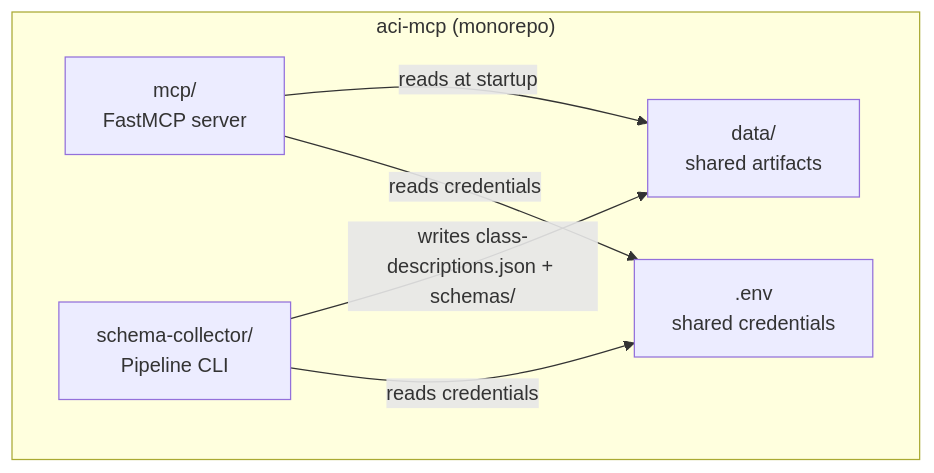
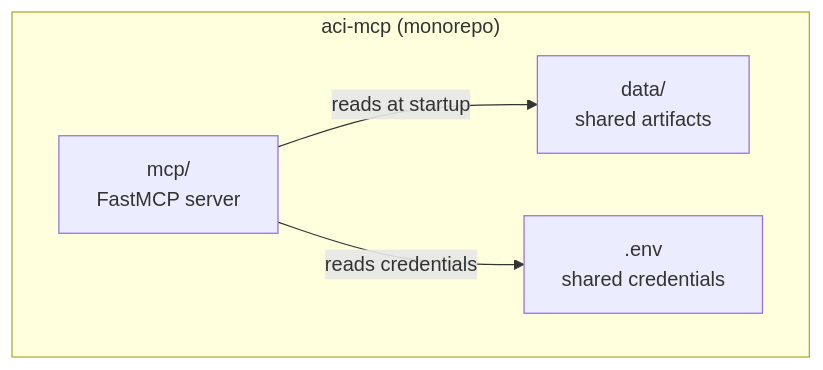
One commit to k3l0-dev/aci-mcp changed the first of 3 diagrams in docs/architecture/overview.md. Above: the diagram before and after it, drawn with Mermaid. The commit also changed other lines of this file and 10 other files, not shown here.

First line of the commit message:
chore: remove internal CI config and schema-collector references from public repo

````diff
--- a/docs/architecture/overview.md
+++ b/docs/architecture/overview.md
@@ -13,14 +13,11 @@
 ```mermaid
 graph TD
     subgraph repo["aci-mcp (monorepo)"]
         mcp["mcp/\nFastMCP server"]
-        sc["schema-collector/\nPipeline CLI"]
         data["data/\nshared artifacts"]
         env[".env\nshared credentials"]
     end
 
-    sc -->|"writes class-descriptions.json + schemas/"| data
     mcp -->|"reads at startup"| data
     mcp -->|"reads credentials"| env
-    sc -->|"reads credentials"| env
 ```
````
